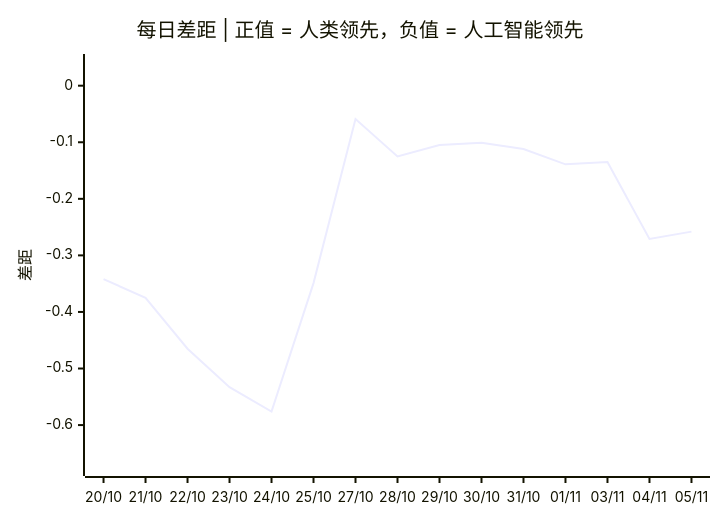
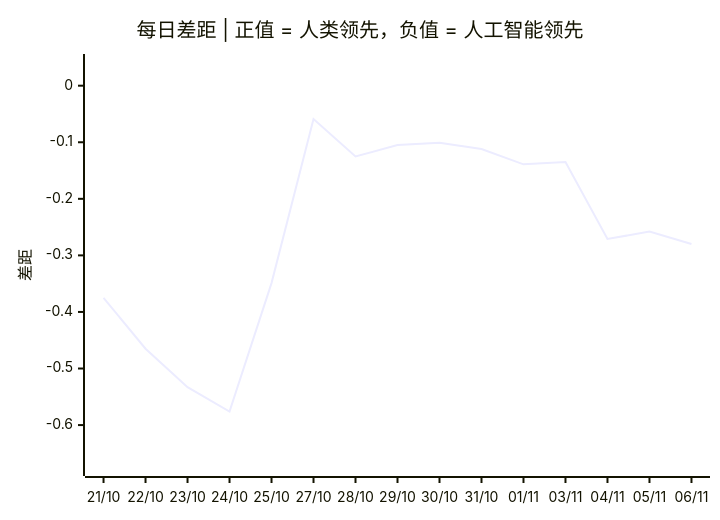
The third of 3 diagrams in README.zh.md (VQQLK/Human-AI-Monitor), drawn with Mermaid before and after one commit. The commit also changed other lines of this file and 3 other files, not shown here.

````diff
--- a/README.zh.md
+++ b/README.zh.md
@@ -56,7 +56,7 @@
 ```mermaid
 xychart-beta
     title "每日差距 | 正值 = 人类领先，负值 = 人工智能领先"
-    x-axis ["20/10", "21/10", "22/10", "23/10", "24/10", "25/10", "27/10", "28/10", "29/10", "30/10", "31/10", "01/11", "03/11", "04/11", "05/11"]
+    x-axis ["21/10", "22/10", "23/10", "24/10", "25/10", "27/10", "28/10", "29/10", "30/10", "31/10", "01/11", "03/11", "04/11", "05/11", "06/11"]
     y-axis "差距" -0.675 --> 0.041
-    line [-0.342, -0.375, -0.465, -0.533, -0.576, -0.349, -0.059, -0.125, -0.105, -0.101, -0.112, -0.139, -0.135, -0.271, -0.258]
+    line [-0.375, -0.465, -0.533, -0.576, -0.349, -0.059, -0.125, -0.105, -0.101, -0.112, -0.139, -0.135, -0.271, -0.258, -0.280]
 ```
````
